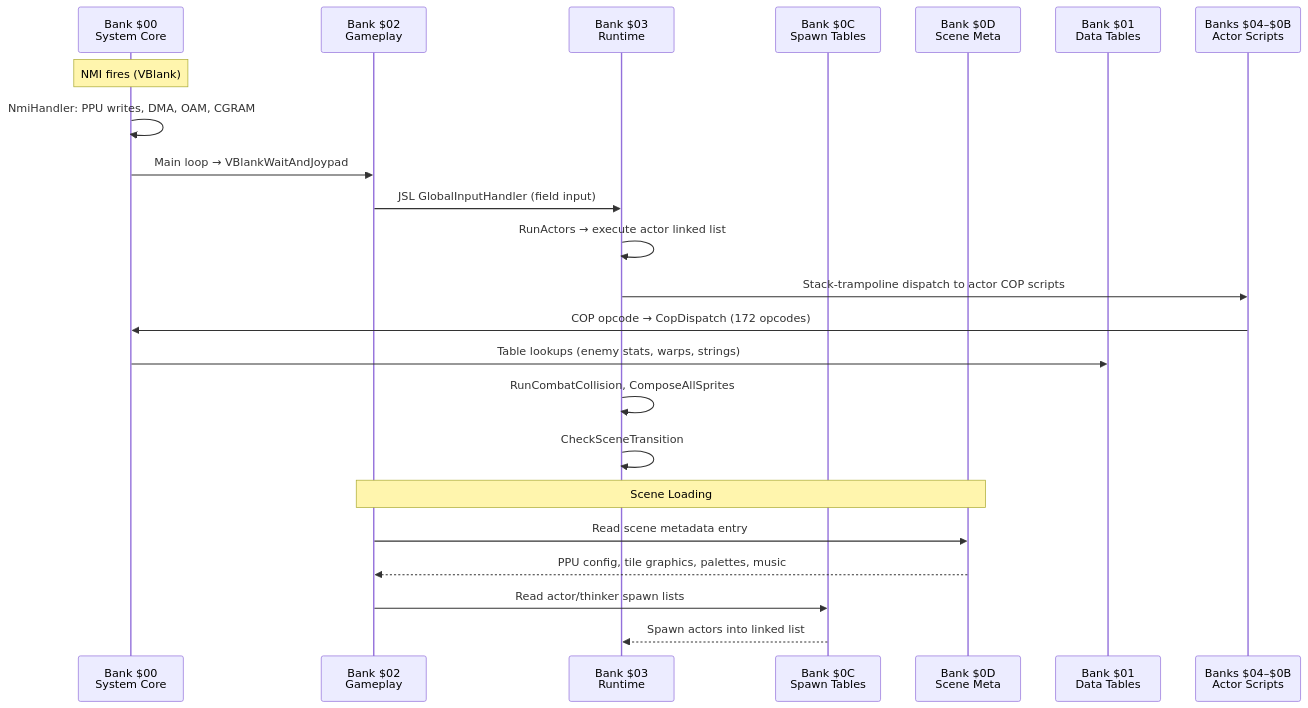
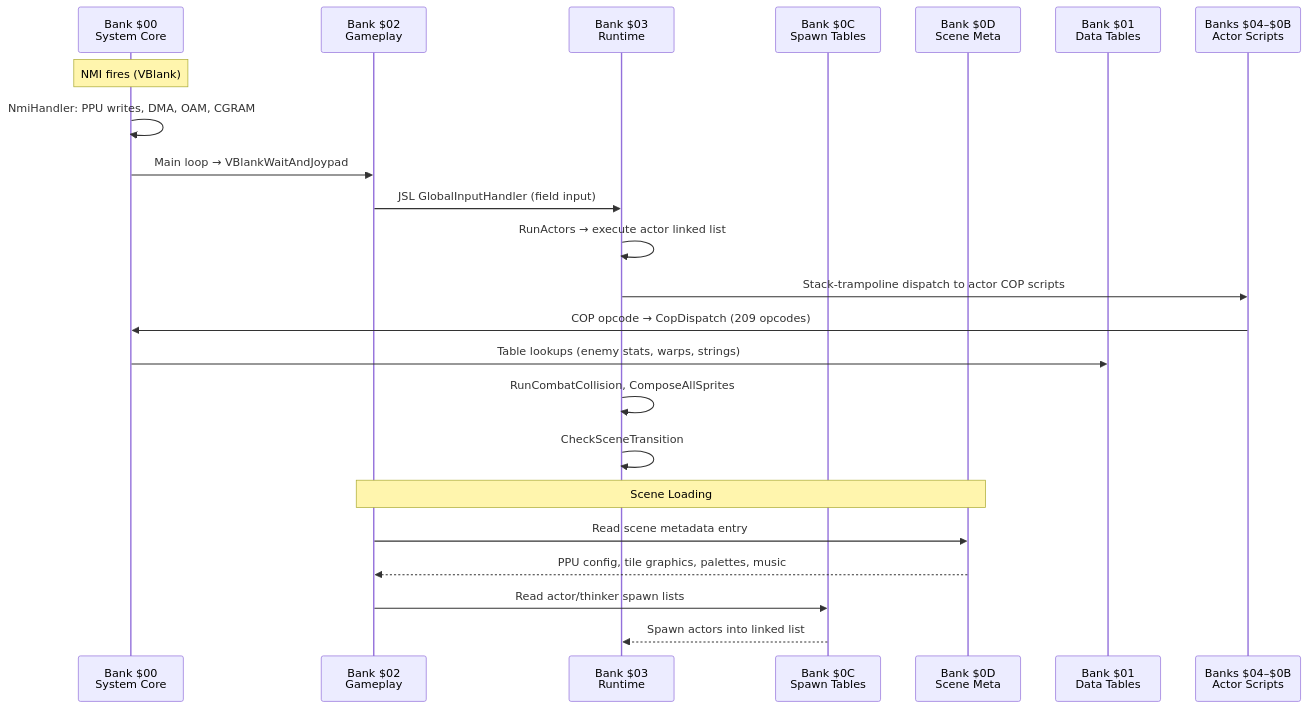
Before and after one commit to Azarem/gaia-iog-baserom: the third of 3 diagrams in docs/code/README.md, drawn with Mermaid. The commit also changed other lines of this file and 22 other files, not shown here.

````diff
--- a/docs/code/README.md
+++ b/docs/code/README.md
@@ -151,27 +151,27 @@
 ```mermaid
 sequenceDiagram
     participant B00 as Bank $00<br/>System Core
     participant B02 as Bank $02<br/>Gameplay
     participant B03 as Bank $03<br/>Runtime
     participant B0C as Bank $0C<br/>Spawn Tables
     participant B0D as Bank $0D<br/>Scene Meta
     participant B01 as Bank $01<br/>Data Tables
     participant Actors as Banks $04–$0B<br/>Actor Scripts
 
     Note over B00: NMI fires (VBlank)
     B00->>B00: NmiHandler: PPU writes, DMA, OAM, CGRAM
     B00->>B02: Main loop → VBlankWaitAndJoypad
     B02->>B03: JSL GlobalInputHandler (field input)
     B03->>B03: RunActors → execute actor linked list
     B03->>Actors: Stack-trampoline dispatch to actor COP scripts
-    Actors->>B00: COP opcode → CopDispatch (172 opcodes)
+    Actors->>B00: COP opcode → CopDispatch (209 opcodes)
     B00->>B01: Table lookups (enemy stats, warps, strings)
     B03->>B03: RunCombatCollision, ComposeAllSprites
     B03->>B03: CheckSceneTransition
 
     Note over B02,B0D: Scene Loading
     B02->>B0D: Read scene metadata entry
     B0D-->>B02: PPU config, tile graphics, palettes, music
     B02->>B0C: Read actor/thinker spawn lists
     B0C-->>B03: Spawn actors into linked list
 ```
````
